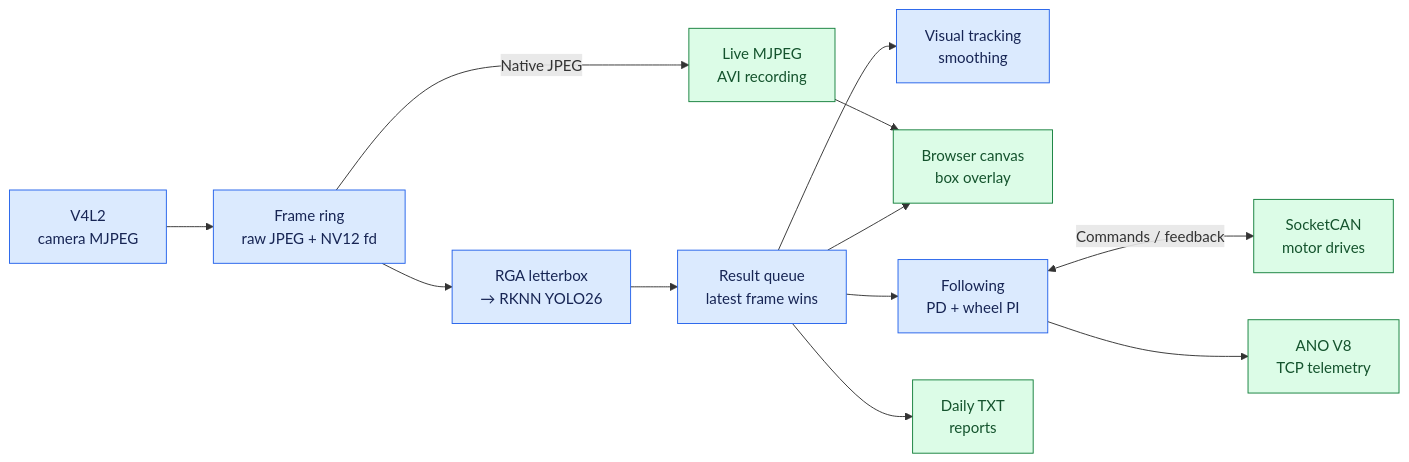
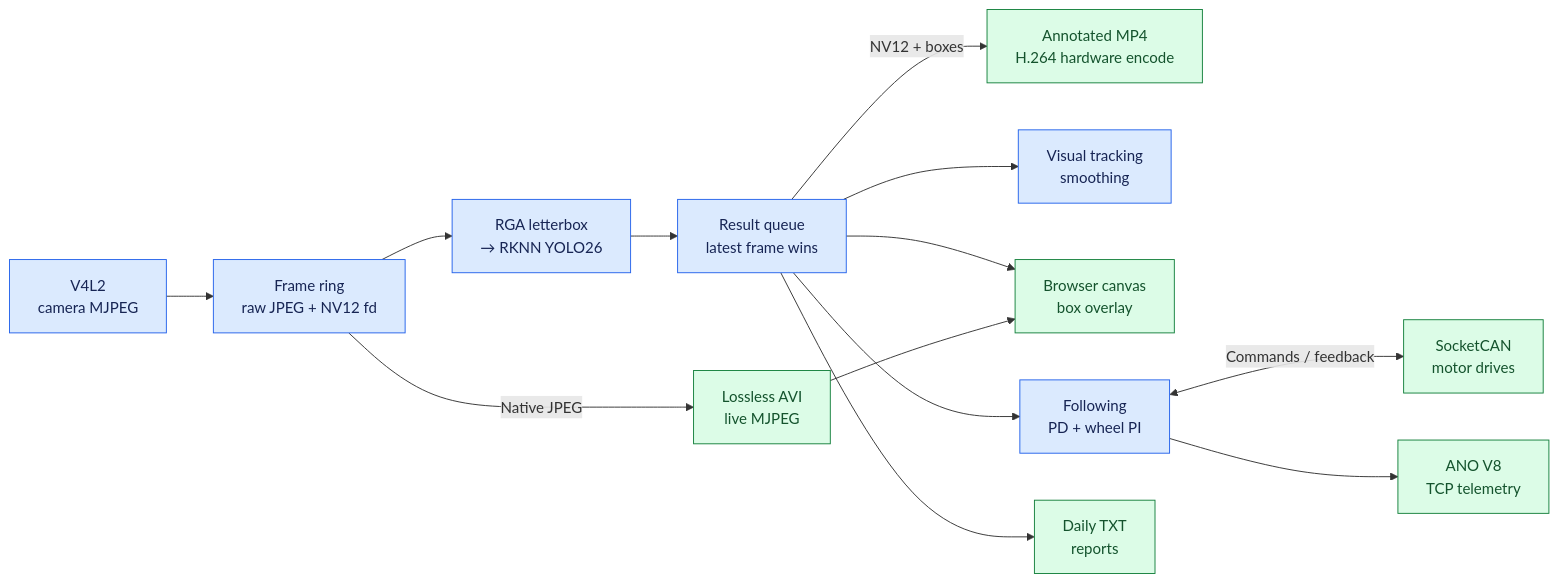
Before and after one commit to qianruo-orange/autonomous-driving-car: the fourth of 6 diagrams in README.md, drawn with Mermaid. The commit also changed other lines of this file, not shown here.

First line of the commit message:
docs: redraw the media diagrams with the annotated output

````diff
--- a/README.md
+++ b/README.md
@@ -417,18 +420,19 @@
 ```mermaid
 flowchart LR
     Camera["V4L2<br/>camera MJPEG"] --> Ring["Frame ring<br/>raw JPEG + NV12 fd"]
     Ring --> YOLO["RGA letterbox<br/>→ RKNN YOLO26"]
-    Ring -->|Native JPEG| Video["Live MJPEG<br/>AVI recording"]
+    Ring -->|Native JPEG| Video["Lossless AVI<br/>live MJPEG"]
     YOLO --> Results["Result queue<br/>latest frame wins"]
+    Results -->|NV12 + boxes| Annot["Annotated MP4<br/>H.264 hardware encode"]
     Results --> Track["Visual tracking<br/>smoothing"]
     Results --> Overlay["Browser canvas<br/>box overlay"]
     Video --> Overlay
     Results --> Follow["Following<br/>PD + wheel PI"]
     Follow <-->|Commands / feedback| CAN["SocketCAN<br/>motor drives"]
     Results --> Reports["Daily TXT<br/>reports"]
     Follow --> ANO["ANO V8<br/>TCP telemetry"]
     classDef process fill:#dbeafe,stroke:#2563eb,color:#172554
     classDef output fill:#dcfce7,stroke:#15803d,color:#14532d
     class Camera,Ring,YOLO,Results,Track,Follow process
-    class Video,Overlay,CAN,Reports,ANO output
+    class Video,Annot,Overlay,CAN,Reports,ANO output
 ```
````
